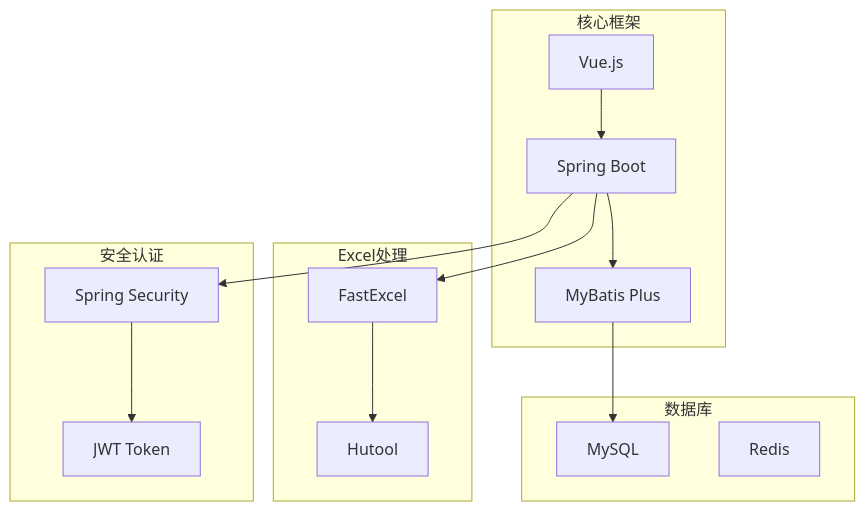
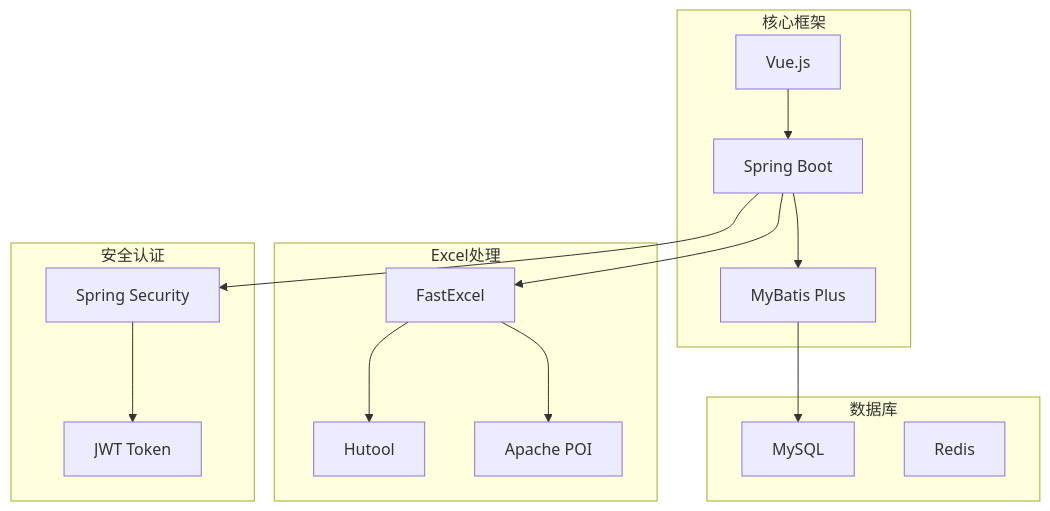
The eighth of 10 diagrams in .qoder/repowiki/zh/content/核心模块/Excel批量导入功能.md (xiaoche80s-tech/rouyi-vue-pro), drawn with Mermaid before and after one commit. The commit also changed other lines of this file and 536 other files, not shown here.

````diff
--- a/.qoder/repowiki/zh/content/核心模块/Excel批量导入功能.md
+++ b/.qoder/repowiki/zh/content/核心模块/Excel批量导入功能.md
@@ -325,27 +449,29 @@
 ```mermaid
 graph TD
 subgraph "核心框架"
 SB[Spring Boot]
 VUE[Vue.js]
 MP[MyBatis Plus]
 end
 subgraph "Excel处理"
 FE[FastExcel]
 HUTOOL[Hutool]
+POI[Apache POI]
 end
 subgraph "数据库"
 MYSQL[MySQL]
 REDIS[Redis]
 end
 subgraph "安全认证"
 SECURITY[Spring Security]
 JWT[JWT Token]
 end
 SB --> FE
 SB --> MP
 SB --> SECURITY
 VUE --> SB
 FE --> HUTOOL
+FE --> POI
 MP --> MYSQL
 SECURITY --> JWT
 ```
````
